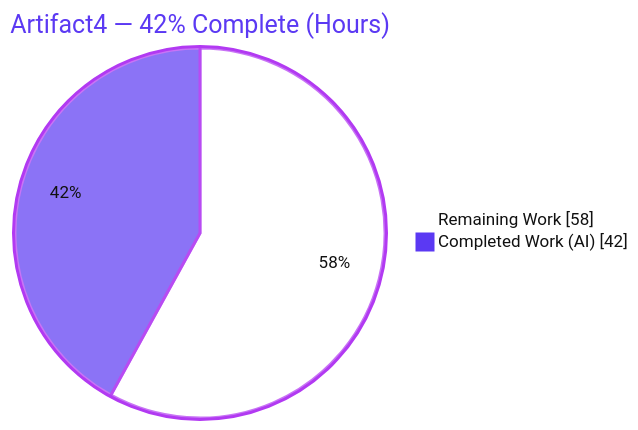
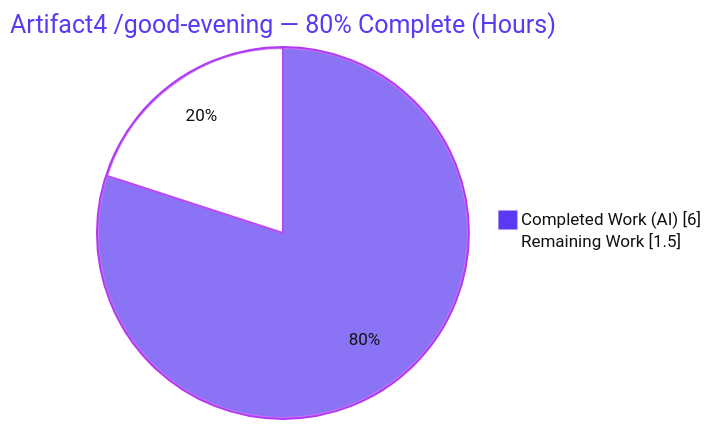
Before and after one commit to Blitzy-Multi/Artifact4: the first of 2 diagrams in blitzy/documentation/Project Guide.md, drawn with Mermaid. The commit also changed other lines of this file, not shown here.

Commit message:
Adding Blitzy Project Guide: Project Status and Human Tasks Remaining

````diff
--- a/blitzy/documentation/Project Guide.md
+++ b/blitzy/documentation/Project Guide.md
@@ -17,6 +17,6 @@
 ```mermaid
-%%{init: {"theme":"base","themeVariables":{"pie1":"#FFFFFF","pie2":"#5B39F3","pieStrokeColor":"#B23AF2","pieStrokeWidth":"3px","pieOuterStrokeColor":"#B23AF2","pieOuterStrokeWidth":"3px","pieSectionTextColor":"#111111","pieTitleTextColor":"#5B39F3","pieLegendTextColor":"#111111"}}}%%
-pie showData title Artifact4 — 42% Complete (Hours)
-    "Remaining Work" : 58
-    "Completed Work (AI)" : 42
+%%{init: {"theme":"base","themeVariables":{"pie1":"#5B39F3","pie2":"#FFFFFF","pieStrokeColor":"#B23AF2","pieStrokeWidth":"2px","pieOuterStrokeColor":"#B23AF2","pieOuterStrokeWidth":"2px","pieSectionTextColor":"#111111","pieTitleTextColor":"#5B39F3","pieLegendTextColor":"#111111"}}}%%
+pie showData title Artifact4 /good-evening — 80% Complete (Hours)
+    "Completed Work (AI)" : 6.0
+    "Remaining Work" : 1.5
 ```
````
